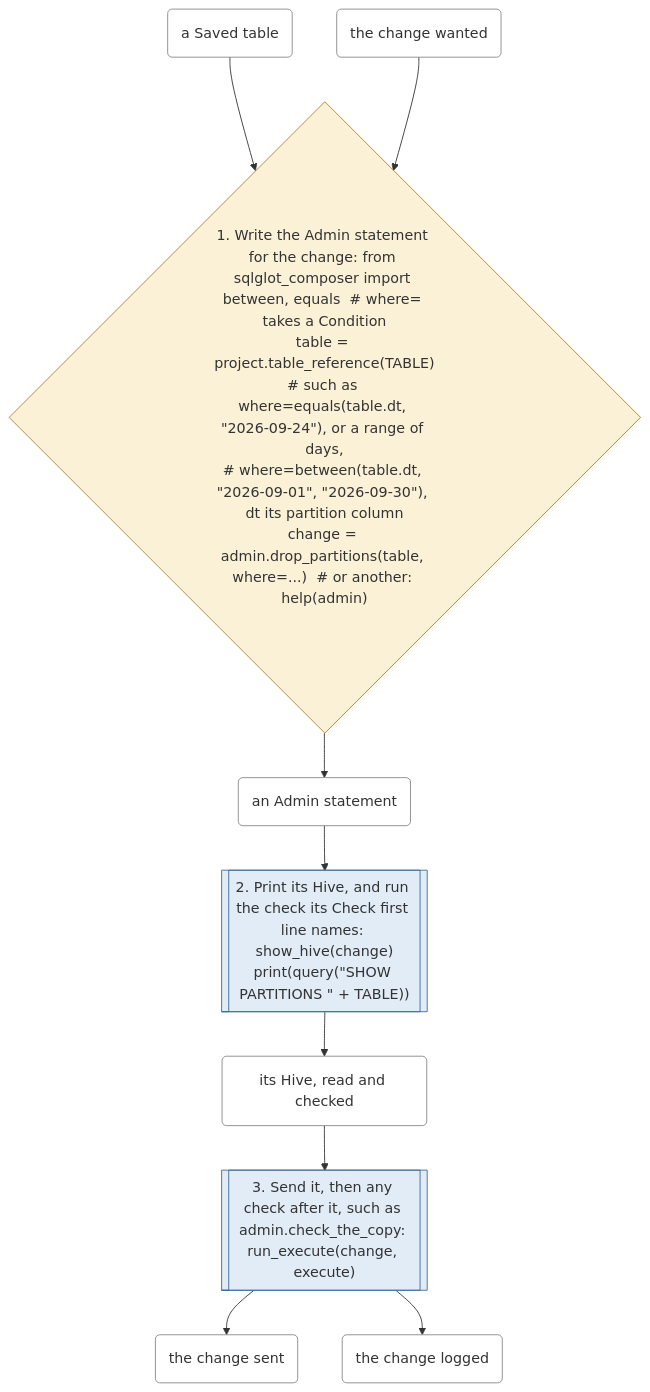
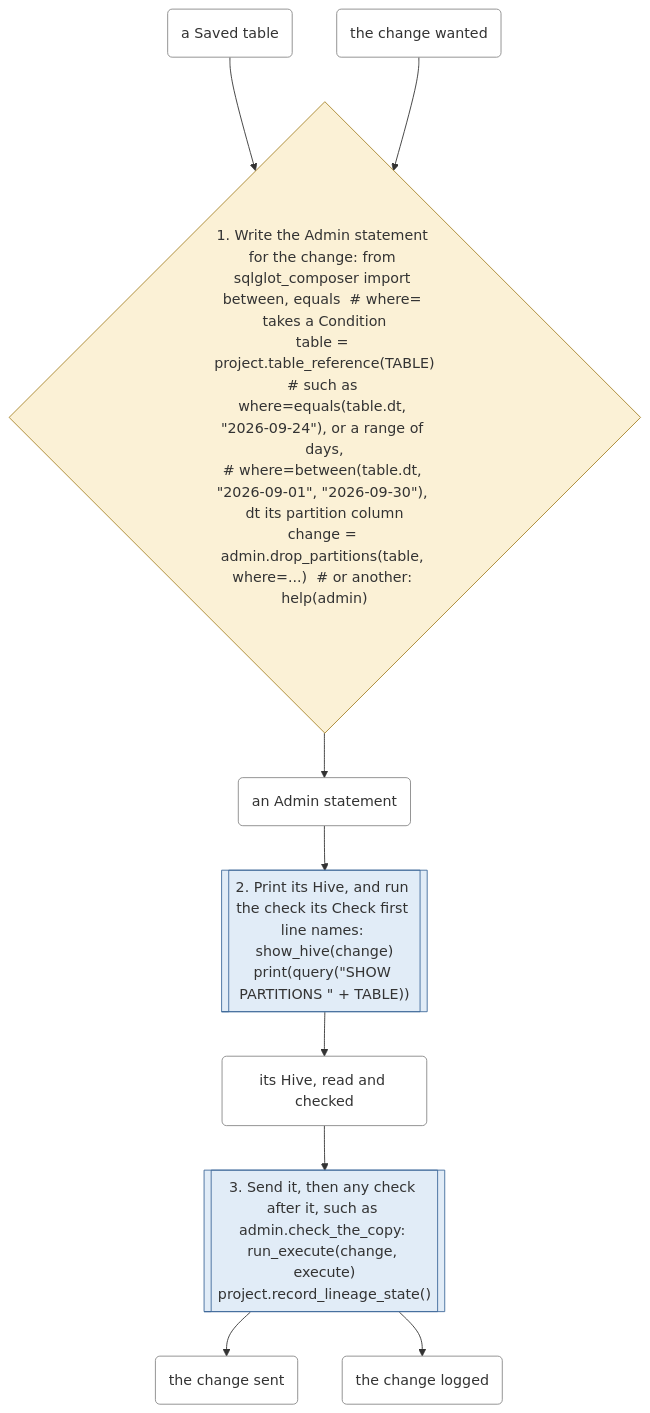
One commit to EdgyPage/SQL-Composer changed the sixth of 7 diagrams in docs/workflows.md. Above: the diagram before and after it, drawn with Mermaid. The commit also changed 52 other files, not shown here.

First line of the commit message:
feat(8.8): the Lineage state recorded at each Project action and export_hive() (toolbox-8-8 ticket 03)

````diff
--- a/docs/workflows.md
+++ b/docs/workflows.md
@@ -278,28 +278,29 @@
 ```mermaid
 flowchart TD
     s0{"1. Write the Admin statement for the change: from sqlglot_composer import between, equals  #35; where= takes a Condition
 table = project.table_reference(TABLE)
 #35; such as where=equals(table.dt, #quot;2026-09-24#quot;), or a range of days,
 #35; where=between(table.dt, #quot;2026-09-01#quot;, #quot;2026-09-30#quot;), dt its partition column
 change = admin.drop_partitions(table, where=...)  #35; or another: help(admin)"}:::your_decision
     s1[["2. Print its Hive, and run the check its Check first line names: show_hive(change)
 print(query(#quot;SHOW PARTITIONS #quot; + TABLE))"]]:::warehouse_call
-    s2[["3. Send it, then any check after it, such as admin.check_the_copy: run_execute(change, execute)"]]:::warehouse_call
+    s2[["3. Send it, then any check after it, such as admin.check_the_copy: run_execute(change, execute)
+project.record_lineage_state()"]]:::warehouse_call
     t0("a Saved table"):::thing
     t1("the change wanted"):::thing
     t2("an Admin statement"):::thing
     t3("its Hive, read and checked"):::thing
     t4("the change sent"):::thing
     t5("the change logged"):::thing
     t0 --> s0
     t1 --> s0
     s0 --> t2
     t2 --> s1
     s1 --> t3
     t3 --> s2
     s2 --> t4
     s2 --> t5
     classDef warehouse_call fill:#e1ecf7,stroke:#3f6a9a
     classDef your_decision fill:#fbf1d6,stroke:#a8842a
     classDef thing fill:#ffffff,stroke:#888888
 ```
````
